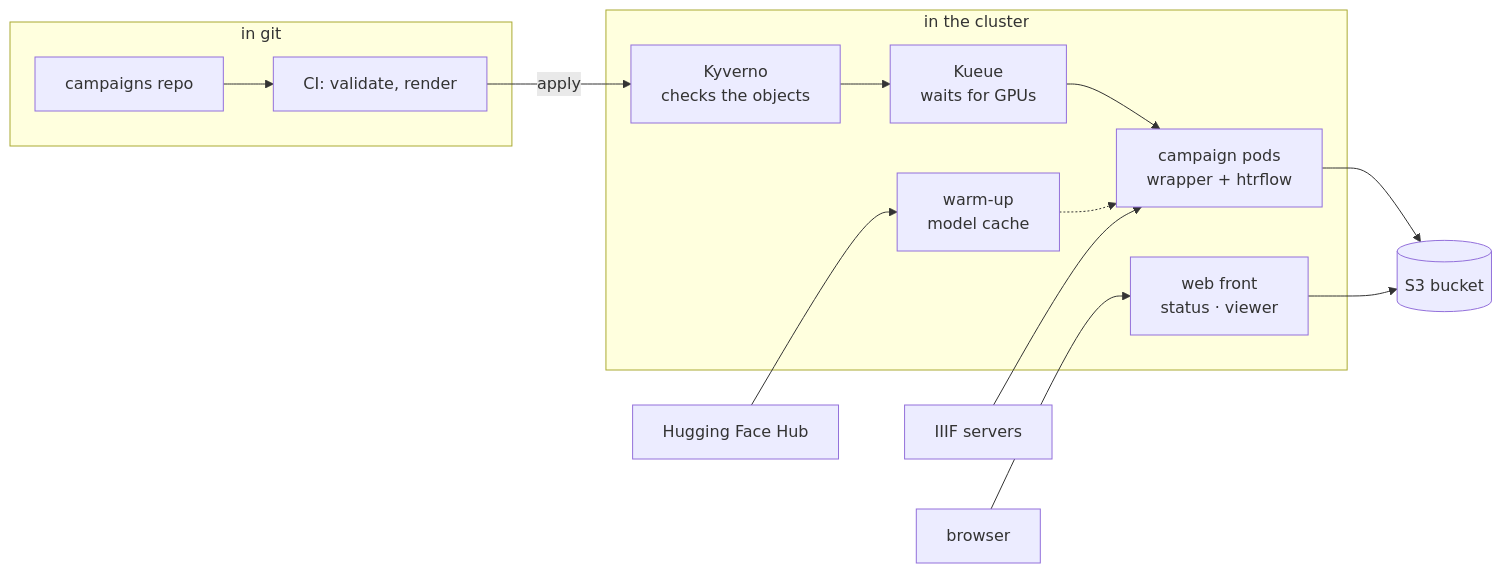
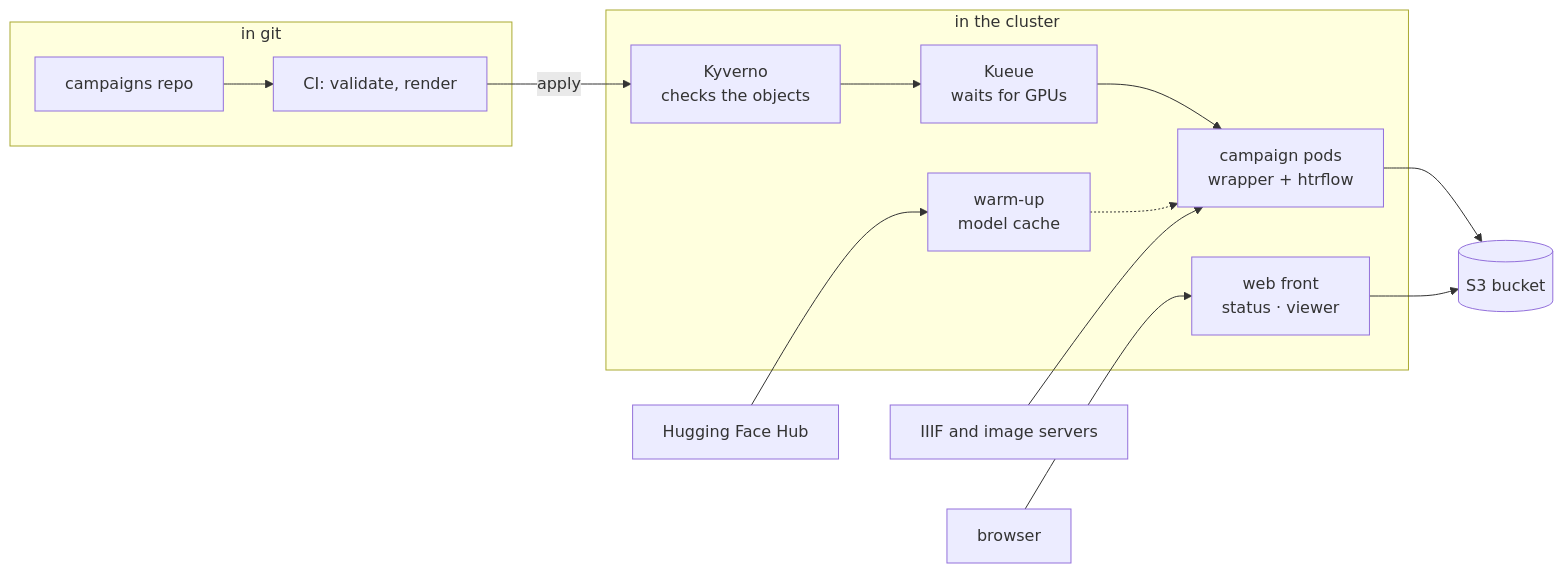
Before and after one commit to AI-Riksarkivet/htrflow-batch: the diagram in docs/slides/assets/part-1-from-one-folder-to-the-archive-1.mmd, drawn with Mermaid. The commit also changed 2 other files, not shown here.

Commit message:
docs(slides): pages come from a IIIF manifest or plain image URLs
Claude-Session: https://claude.ai/code/session_01HGkpuggZmaB7oiGwzxD1JG

```diff
--- a/docs/slides/assets/part-1-from-one-folder-to-the-archive-1.mmd
+++ b/docs/slides/assets/part-1-from-one-folder-to-the-archive-1.mmd
@@ -1,19 +1,19 @@
 flowchart LR
   subgraph GIT["in git"]
     REPO["campaigns repo"] --> CI["CI: validate, render"]
   end
-  IIIF["IIIF servers"]
+  IIIF["IIIF and image servers"]
   HUB["Hugging Face Hub"]
   YOU["browser"]
   subgraph K8S["in the cluster"]
     KYV["Kyverno<br/>checks the objects"] --> KUE["Kueue<br/>waits for GPUs"] --> JOB["campaign pods<br/>wrapper + htrflow"]
     WARM["warm-up<br/>model cache"] -.-> JOB
     WEB["web front<br/>status · viewer"]
   end
   S3[("S3 bucket")]
   CI -->|"apply"| KYV
   IIIF --> JOB
   HUB --> WARM
   YOU --> WEB
   JOB --> S3
   WEB --> S3
```
